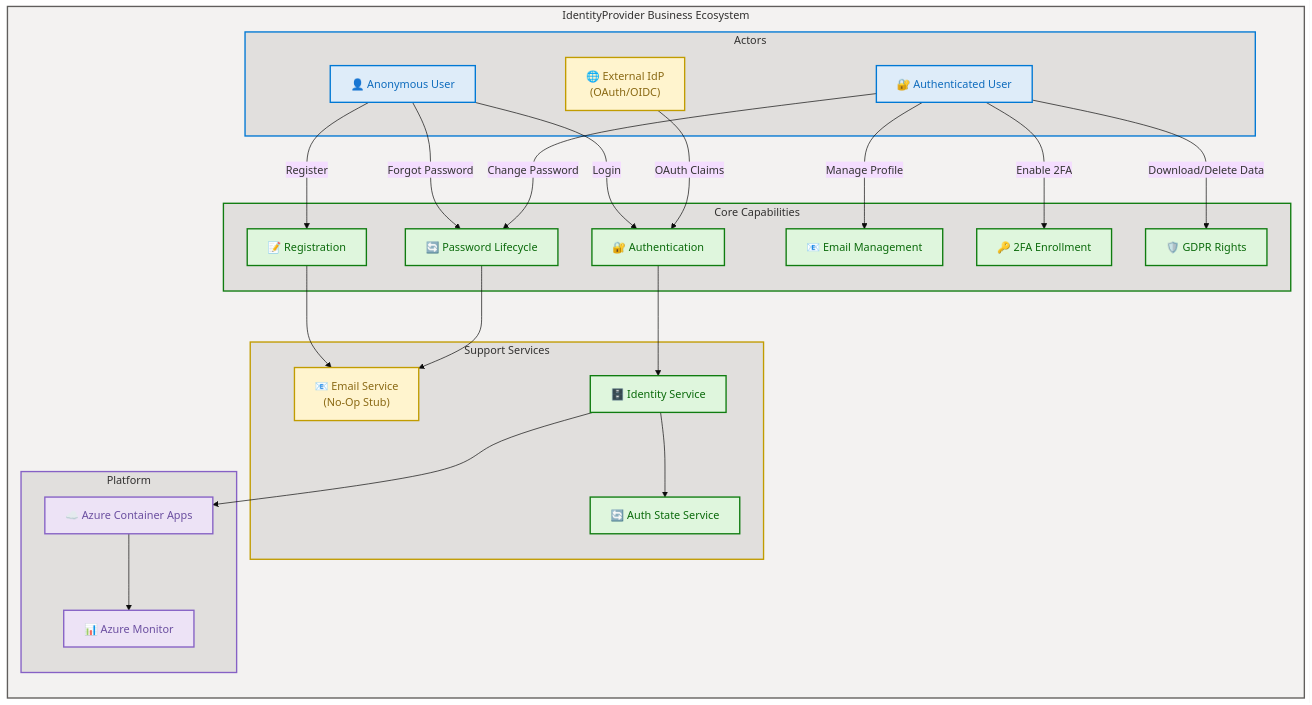
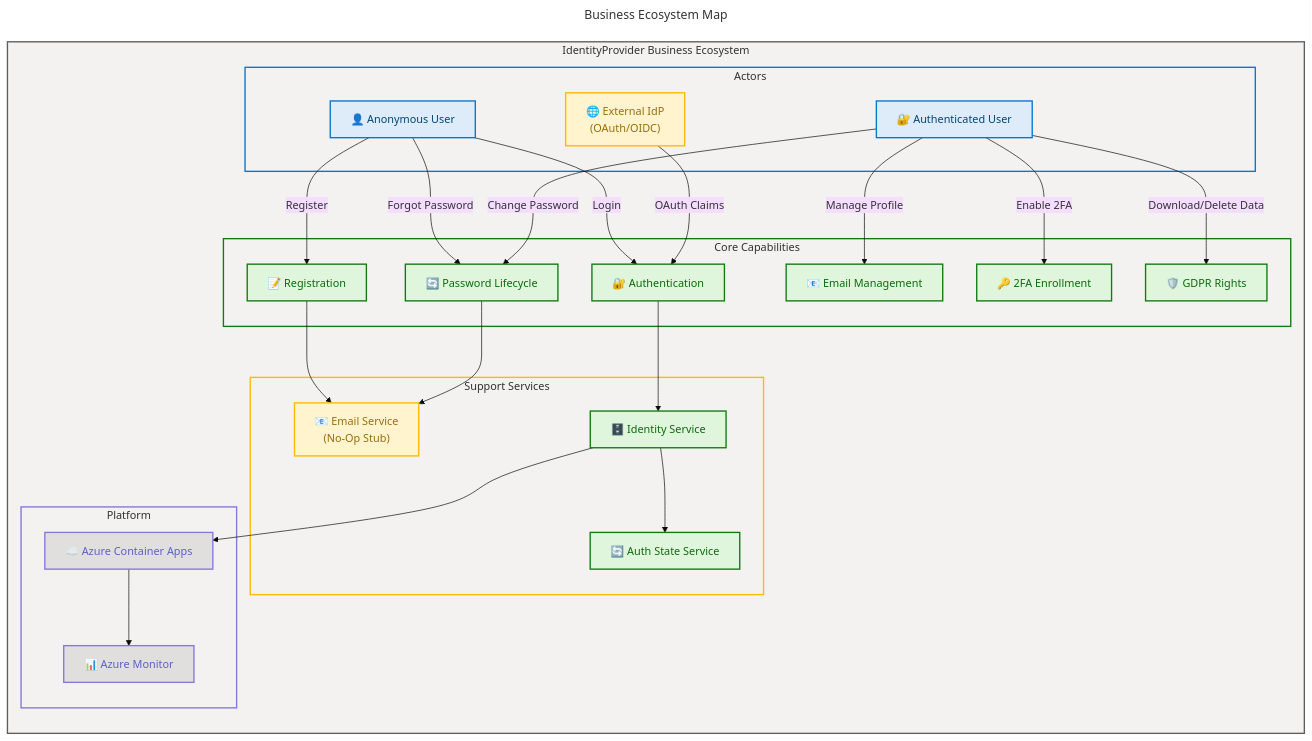
Before and after one commit to Evilazaro/IdentityProvider: the third of 11 diagrams in docs/architecture/business-architecture.md, drawn with Mermaid. The commit also changed other lines of this file, not shown here.

Commit message:
Refactor business ecosystem and architecture principle diagrams for improved clarity, accessibility, and semantic structure in business architecture documentation

````diff
--- a/docs/architecture/business-architecture.md
+++ b/docs/architecture/business-architecture.md
@@ -270,15 +270,29 @@
 ```mermaid
 ---
+title: Business Ecosystem Map
 config:
   theme: base
   look: classic
   layout: dagre
   themeVariables:
     fontSize: '16px'
+  flowchart:
+    htmlLabels: true
 ---
 flowchart LR
     accTitle: Business Ecosystem Map — Contoso IdentityProvider
     accDescr: Shows relationships between actors, core capabilities, support services, and platform within the identity ecosystem
+
+    %% ═══════════════════════════════════════════════════════════════
+    %% AZURE / FLUENT ARCHITECTURE PATTERN v1.1
+    %% Semantic + Structural + Font + Accessibility Governance
+    %% ═══════════════════════════════════════════════════════════════
+    %% PHASE 1 — STRUCTURAL: Direction explicit, nesting ≤ 3
+    %% PHASE 2 — SEMANTIC: Max 5 classes, neutral-first
+    %% PHASE 3 — FONT: Dark text on light backgrounds ≥ 4.5:1
+    %% PHASE 4 — ACCESSIBILITY: accTitle + accDescr + icons on all nodes
+    %% PHASE 5 — STANDARD: Governance block + classDefs centralized
+    %% ═══════════════════════════════════════════════════════════════
 
     subgraph main["IdentityProvider Business Ecosystem"]
         subgraph actors["Actors"]
@@ -323,23 +337,21 @@
     SS3 --> P1
     P1 --> P2
 
+    %% Semantic classDefs
+    classDef core fill:#DEECF9,stroke:#0078D4,stroke-width:2px,color:#004578
+    classDef success fill:#DFF6DD,stroke:#107C10,stroke-width:2px,color:#0B6A0B
+    classDef warning fill:#FFF4CE,stroke:#FFB900,stroke-width:2px,color:#986F0B
+    classDef data fill:#E1DFDD,stroke:#8378DE,stroke-width:2px,color:#5B5FC7
+
+    class A1,A2 core
+    class A3,SS1 warning
+    class C1,C2,C3,C4,C5,C6,SS2,SS3 success
+    class P1,P2 data
+
+    %% Subgraph styling
     style main fill:#F3F2F1,stroke:#605E5C,stroke-width:2px,color:#323130
-    style actors fill:#E1DFDD,stroke:#0078D4,stroke-width:2px,color:#323130
-    style capabilities fill:#E1DFDD,stroke:#107C10,stroke-width:2px,color:#323130
-    style support fill:#E1DFDD,stroke:#C19C00,stroke-width:2px,color:#323130
-    style platform fill:#E1DFDD,stroke:#8661C5,stroke-width:2px,color:#323130
-    style A1 fill:#DEECF9,stroke:#0078D4,stroke-width:2px,color:#0F6CBD
-    style A2 fill:#DEECF9,stroke:#0078D4,stroke-width:2px,color:#0F6CBD
-    style A3 fill:#FFF4CE,stroke:#C19C00,stroke-width:2px,color:#8A6914
-    style C1 fill:#DFF6DD,stroke:#107C10,stroke-width:2px,color:#0B6A0B
-    style C2 fill:#DFF6DD,stroke:#107C10,stroke-width:2px,color:#0B6A0B
-    style C3 fill:#DFF6DD,stroke:#107C10,stroke-width:2px,color:#0B6A0B
-    style C4 fill:#DFF6DD,stroke:#107C10,stroke-width:2px,color:#0B6A0B
-    style C5 fill:#DFF6DD,stroke:#107C10,stroke-width:2px,color:#0B6A0B
-    style C6 fill:#DFF6DD,stroke:#107C10,stroke-width:2px,color:#0B6A0B
-    style SS1 fill:#FFF4CE,stroke:#C19C00,stroke-width:2px,color:#8A6914
-    style SS2 fill:#DFF6DD,stroke:#107C10,stroke-width:2px,color:#0B6A0B
-    style SS3 fill:#DFF6DD,stroke:#107C10,stroke-width:2px,color:#0B6A0B
-    style P1 fill:#EDE3F6,stroke:#8661C5,stroke-width:2px,color:#6B4FA0
-    style P2 fill:#EDE3F6,stroke:#8661C5,stroke-width:2px,color:#6B4FA0
+    style actors fill:#F3F2F1,stroke:#0078D4,stroke-width:2px,color:#323130
+    style capabilities fill:#F3F2F1,stroke:#107C10,stroke-width:2px,color:#323130
+    style support fill:#F3F2F1,stroke:#FFB900,stroke-width:2px,color:#323130
+    style platform fill:#F3F2F1,stroke:#8378DE,stroke-width:2px,color:#323130
 ```
````
